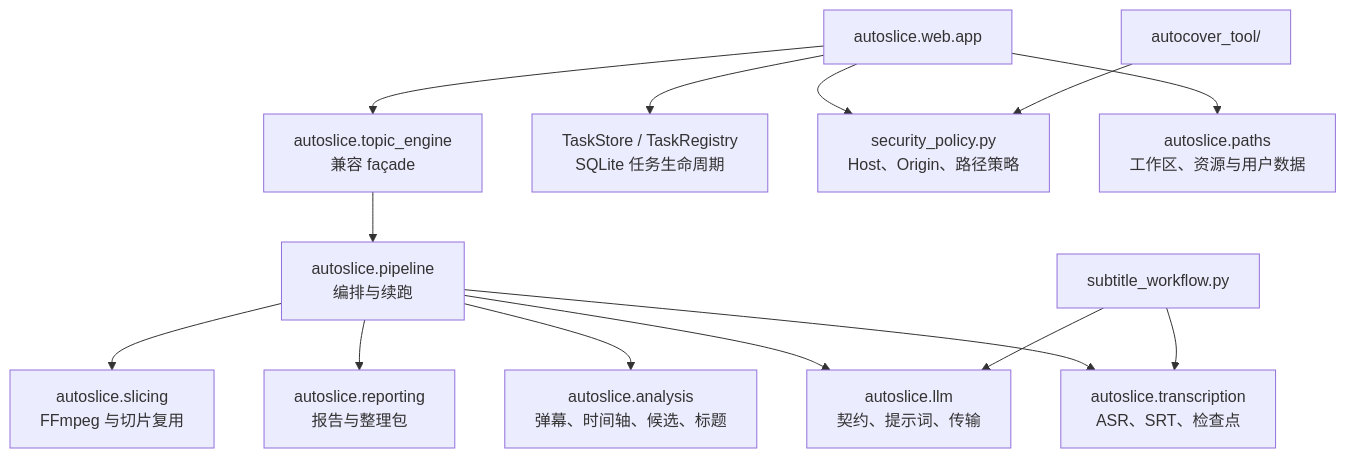
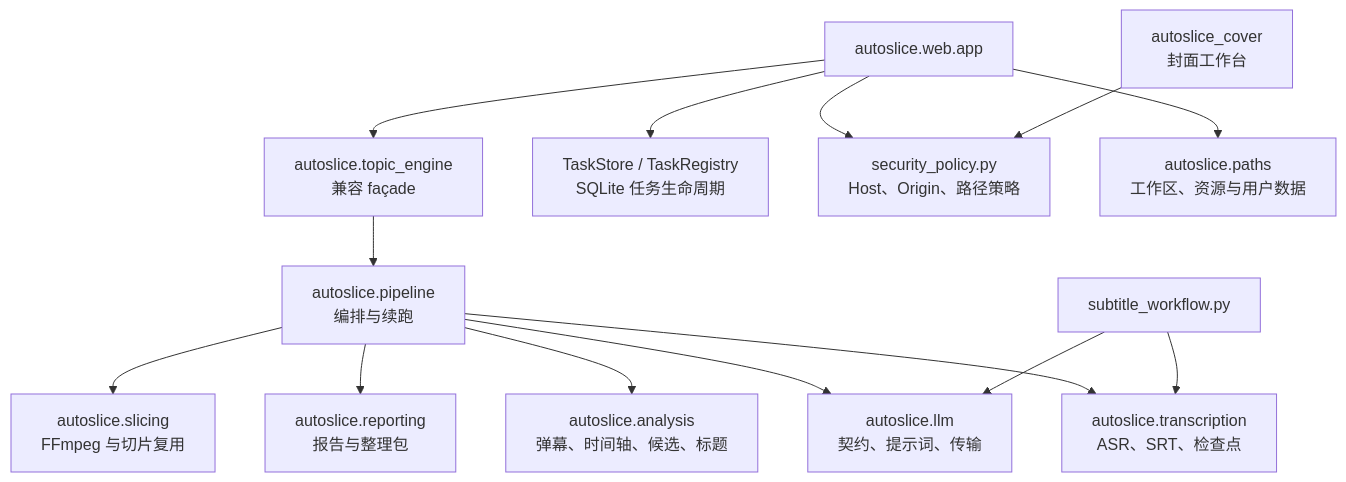
Before and after one commit to YRMDLG/AutoSlice: the diagram in docs/架构重构.md, drawn with Mermaid. The commit also changed other lines of this file and 57 other files, not shown here.

````diff
--- a/docs/架构重构.md
+++ b/docs/架构重构.md
@@ -28,16 +29,16 @@
 ```mermaid
 flowchart TD
     UI["autoslice.web.app"] --> Facade["autoslice.topic_engine<br/>兼容 façade"]
     Facade --> Pipeline["autoslice.pipeline<br/>编排与续跑"]
     Pipeline --> Transcription["autoslice.transcription<br/>ASR、SRT、检查点"]
     Pipeline --> Analysis["autoslice.analysis<br/>弹幕、时间轴、候选、标题"]
     Pipeline --> LLM["autoslice.llm<br/>契约、提示词、传输"]
     Pipeline --> Reporting["autoslice.reporting<br/>报告与整理包"]
     Pipeline --> Slicing["autoslice.slicing<br/>FFmpeg 与切片复用"]
     UI --> Tasks["TaskStore / TaskRegistry<br/>SQLite 任务生命周期"]
     UI --> Security["security_policy.py<br/>Host、Origin、路径策略"]
     UI --> Paths["autoslice.paths<br/>工作区、资源与用户数据"]
     Subtitle["subtitle_workflow.py"] --> Transcription
     Subtitle --> LLM
-    Cover["autocover_tool/"] --> Security
+    Cover["autoslice_cover<br/>封面工作台"] --> Security
 ```
````
